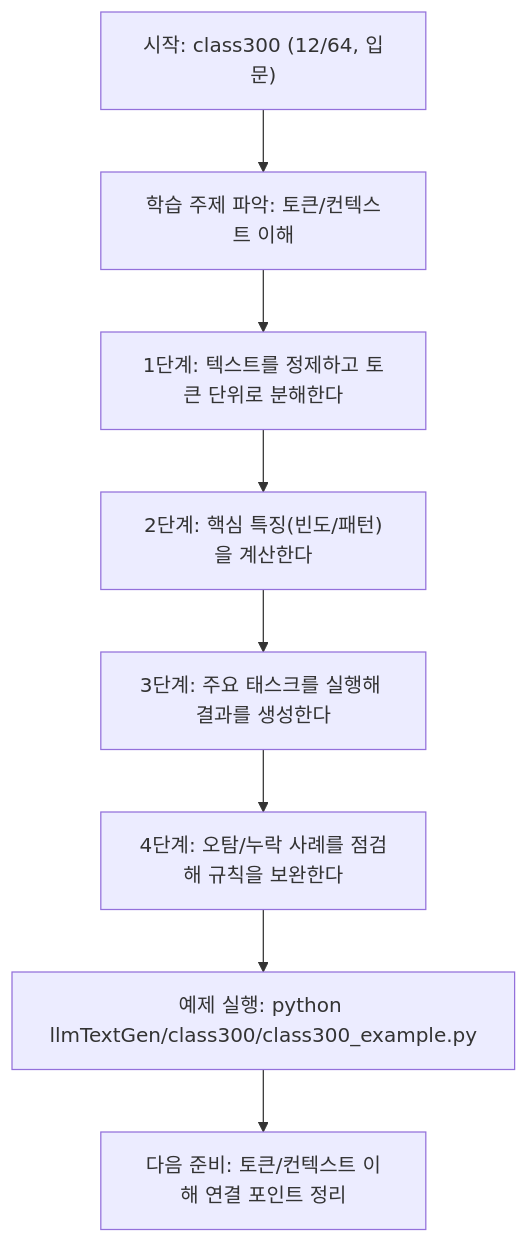
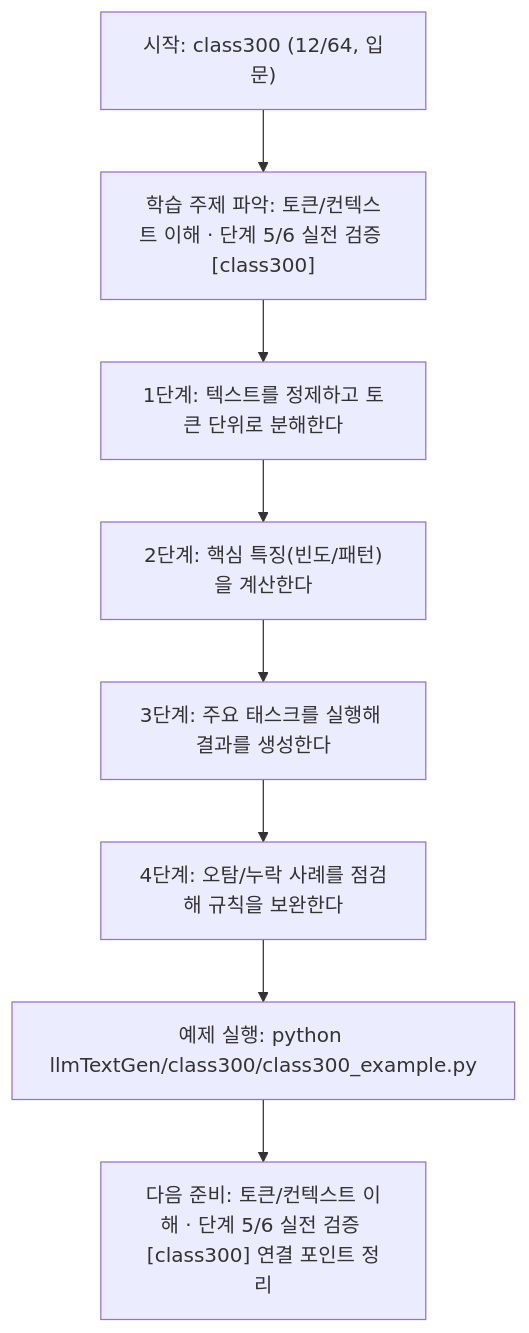
Before and after one commit to edumgt/Python-AI_Agent-Class: the diagram in llmTextGen/class300/class300.md, drawn with Mermaid. The commit also changed other lines of this file and 522 other files, not shown here.

````diff
--- a/llmTextGen/class300/class300.md
+++ b/llmTextGen/class300/class300.md
@@ -113,18 +114,18 @@
 ```mermaid
 flowchart TD
 N1["시작: class300 (12/64, 입문)"]
-N2["학습 주제 파악: 토큰/컨텍스트 이해"]
+N2["학습 주제 파악: 토큰/컨텍스트 이해 · 단계 5/6 실전 검증 [class300]"]
 N3["1단계: 텍스트를 정제하고 토큰 단위로 분해한다"]
 N4["2단계: 핵심 특징(빈도/패턴)을 계산한다"]
 N5["3단계: 주요 태스크를 실행해 결과를 생성한다"]
 N6["4단계: 오탐/누락 사례를 점검해 규칙을 보완한다"]
 N7["예제 실행: python llmTextGen/class300/class300_example.py"]
-N8["다음 준비: 토큰/컨텍스트 이해 연결 포인트 정리"]
+N8["다음 준비: 토큰/컨텍스트 이해 · 단계 5/6 실전 검증 [class300] 연결 포인트 정리"]
 N1 --> N2
 N2 --> N3
 N3 --> N4
 N4 --> N5
 N5 --> N6
 N6 --> N7
 N7 --> N8
 ```
````
